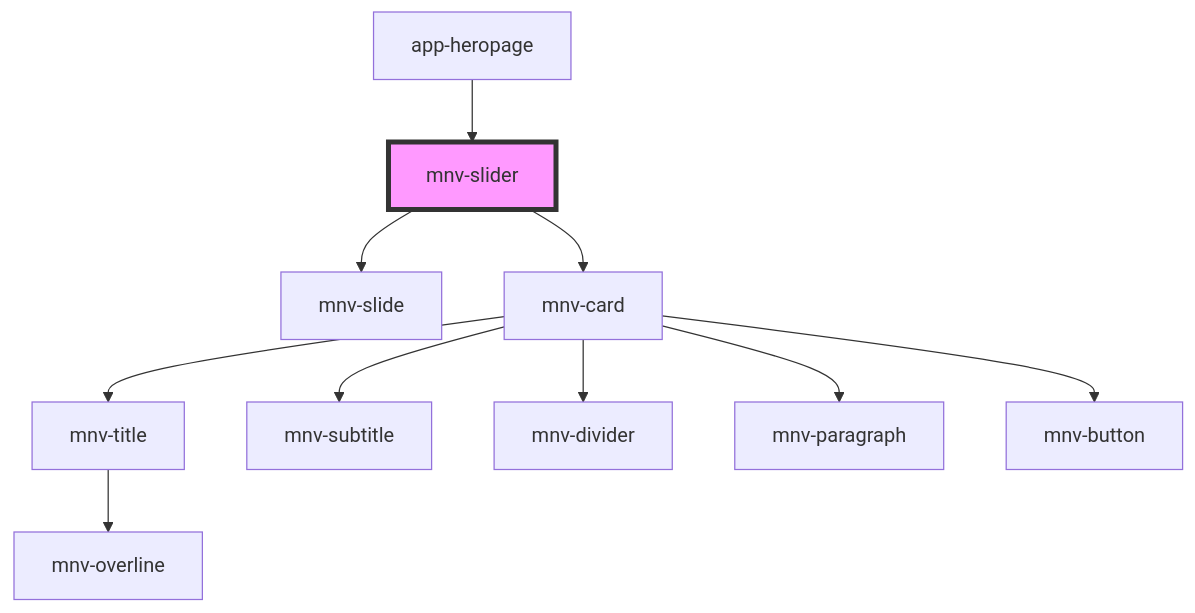
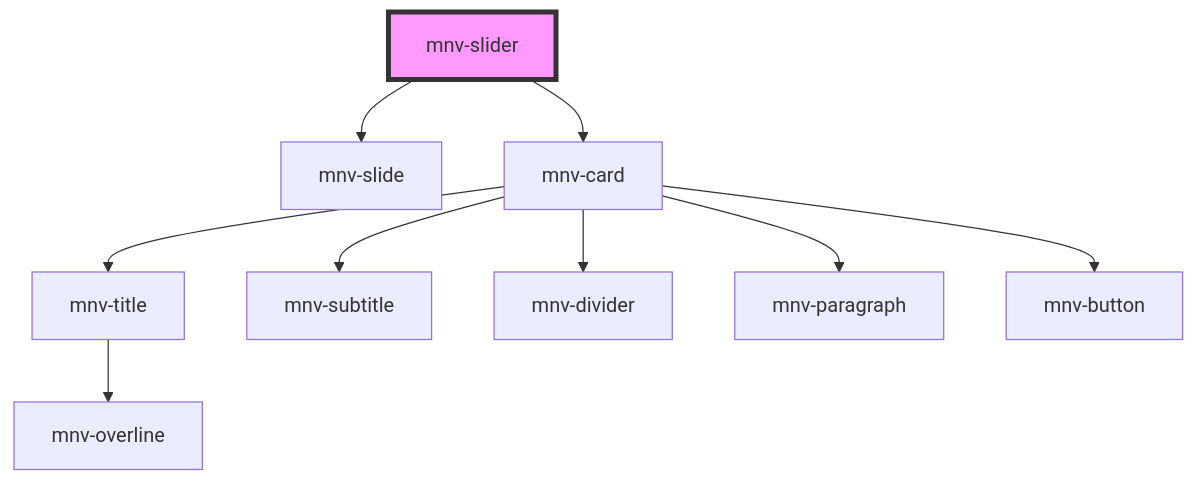
Before and after one commit to rafaela-vairo/ufrj-sustainable: the diagram in src/components/mnv-slider/readme.md, drawn with Mermaid. The commit also changed other lines of this file and 26 other files, not shown here.

````diff
--- a/src/components/mnv-slider/readme.md
+++ b/src/components/mnv-slider/readme.md
@@ -32,13 +28,12 @@
 ```mermaid
 graph TD;
   mnv-slider --> mnv-slide
   mnv-slider --> mnv-card
   mnv-card --> mnv-title
   mnv-card --> mnv-subtitle
   mnv-card --> mnv-divider
   mnv-card --> mnv-paragraph
   mnv-card --> mnv-button
   mnv-title --> mnv-overline
-  app-heropage --> mnv-slider
   style mnv-slider fill:#f9f,stroke:#333,stroke-width:4px
 ```
````
